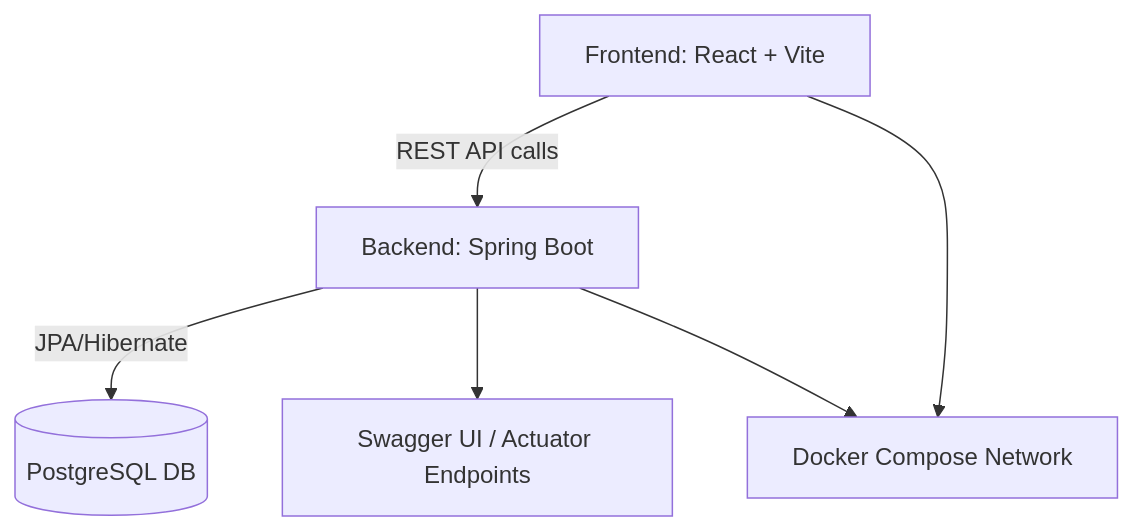
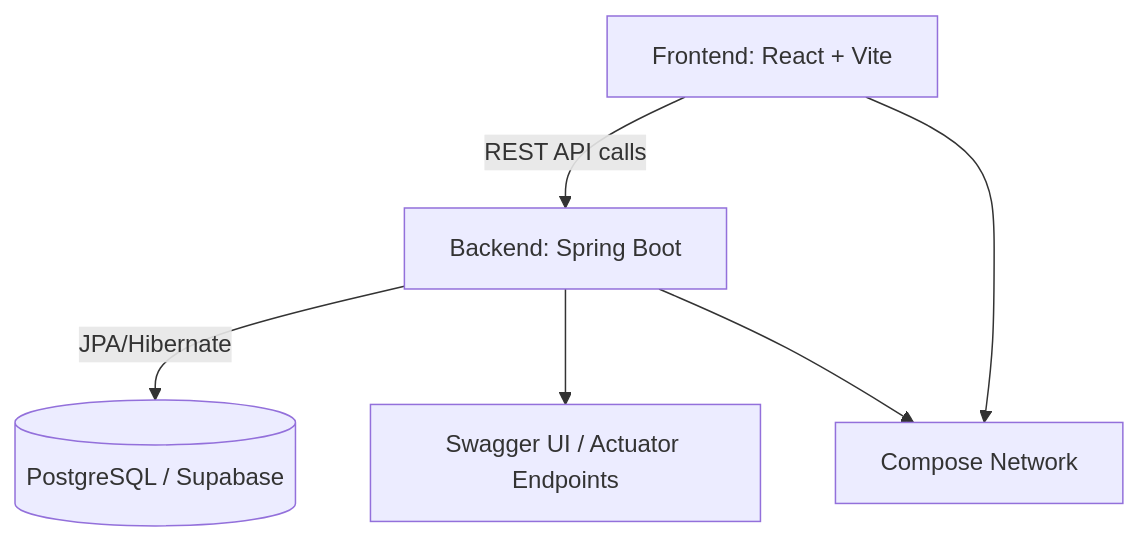
Before and after one commit to jamesmcdonald112/spring-react-vite-template: the diagram in README.md, drawn with Mermaid. The commit also changed other lines of this file, not shown here.

````diff
--- a/README.md
+++ b/README.md
@@ -44,8 +43,8 @@
 ```mermaid
 graph TD
   A[Frontend: React + Vite] -->|REST API calls| B[Backend: Spring Boot]
-  B -->|JPA/Hibernate| C[(PostgreSQL DB)]
+  B -->|JPA/Hibernate| C[(PostgreSQL / Supabase)]
   B --> D[Swagger UI / Actuator Endpoints]
-  A --> E[Docker Compose Network]
+  A --> E[ Compose Network]
   B --> E
 ```
````
